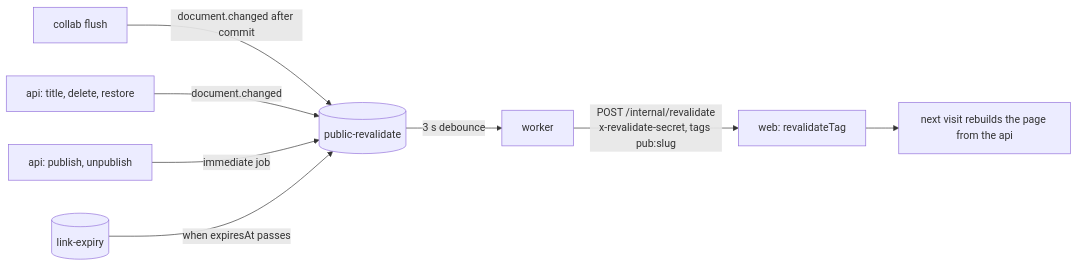
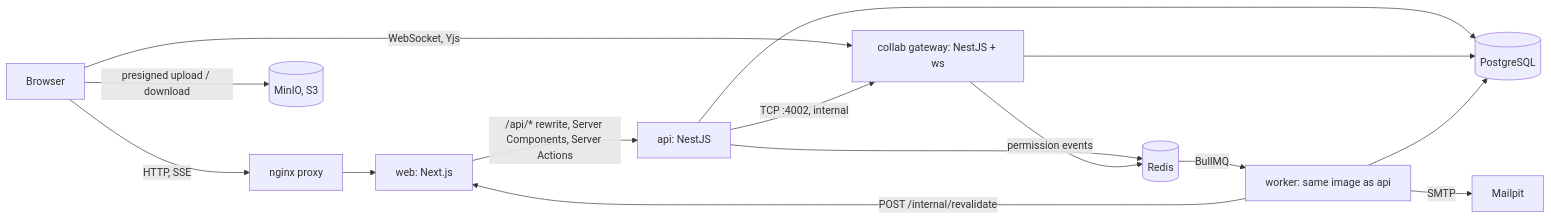
One commit to JuFios/collab-docs changed the first of 2 diagrams in README.md. Above: the diagram before and after it, drawn with Mermaid. The commit also changed other lines of this file and 16 other files, not shown here.

````diff
--- a/README.md
+++ b/README.md
@@ -825,10 +67,17 @@
 ```mermaid
 flowchart LR
-  C[collab flush] -->|document.changed after commit| Q[(public-revalidate)]
-  A[api: title, delete, restore] -->|document.changed| Q
-  P[api: publish, unpublish] -->|immediate job| Q
-  E[(link-expiry)] -->|when expiresAt passes| Q
-  Q -->|3 s debounce| W[worker]
-  W -->|POST /internal/revalidate<br/>x-revalidate-secret, tags pub:slug| N[web: revalidateTag]
-  N --> V[next visit rebuilds the page from the api]
+  Browser -->|HTTP, SSE| Proxy[nginx proxy]
+  Browser -->|WebSocket, Yjs| Collab
+  Browser -->|presigned upload / download| MinIO[(MinIO, S3)]
+  Proxy --> Web[web: Next.js]
+  Web -->|"/api/* rewrite, Server Components, Server Actions"| API[api: NestJS]
+  API --> PG[(PostgreSQL)]
+  API --> Redis[(Redis)]
+  API -->|"TCP :4002, internal"| Collab
+  Collab[collab gateway: NestJS + ws] --> PG
+  Collab -->|"permission events"| Redis
+  Redis -->|BullMQ| Worker[worker: same image as api]
+  Worker --> PG
+  Worker -->|"POST /internal/revalidate"| Web
+  Worker -->|SMTP| Mailpit
 ```
````
